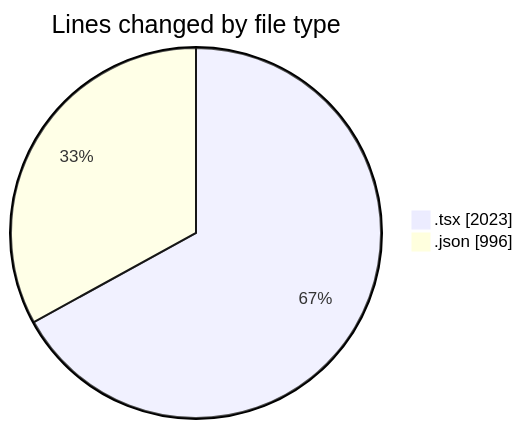
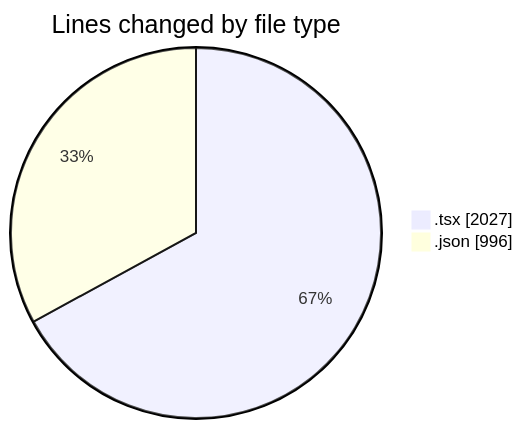
Before and after one commit to EIIisD/code-tracking: the first of 2 diagrams in 2025-08-13/ribbon/README.md, drawn with Mermaid. The commit also changed other lines of this file and 1 other file, not shown here.

````diff
--- a/2025-08-13/ribbon/README.md
+++ b/2025-08-13/ribbon/README.md
@@ -31,6 +31,6 @@
 ```mermaid
 pie showData
 title Lines changed by file type
-".tsx" : 2023
+".tsx" : 2027
 ".json" : 996
 ```
````
